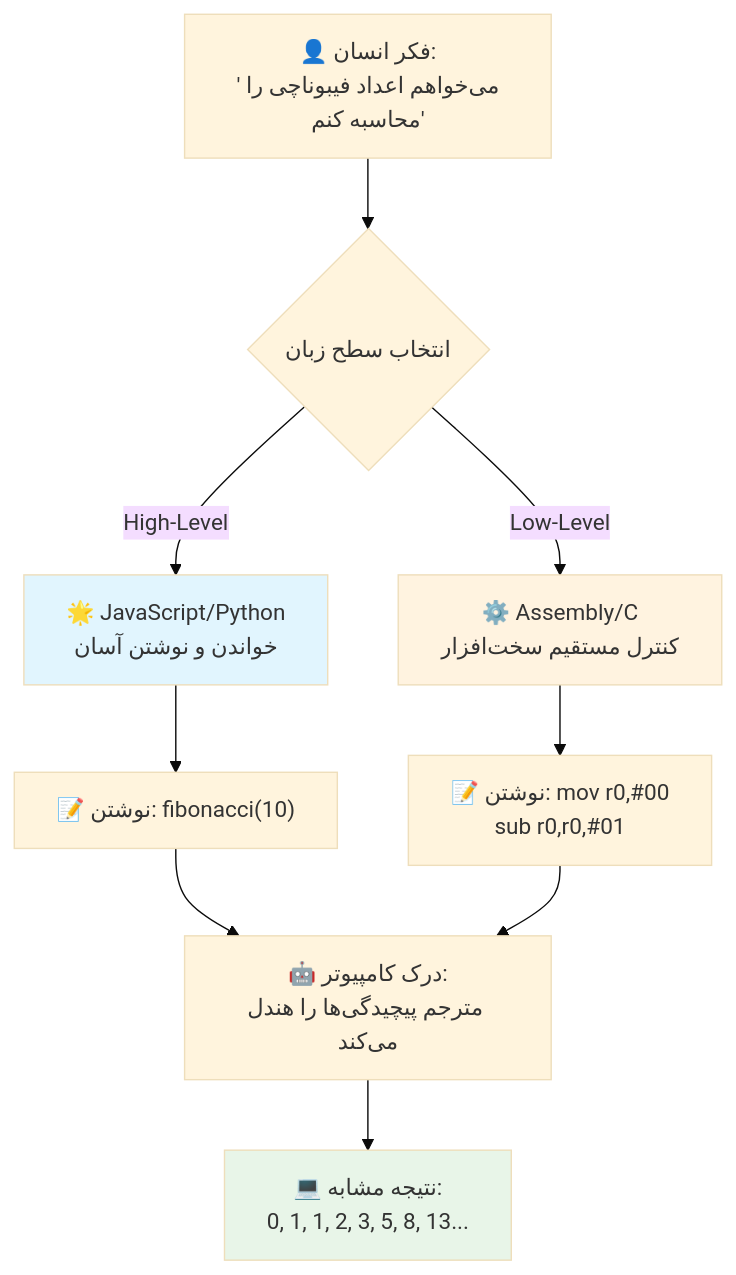
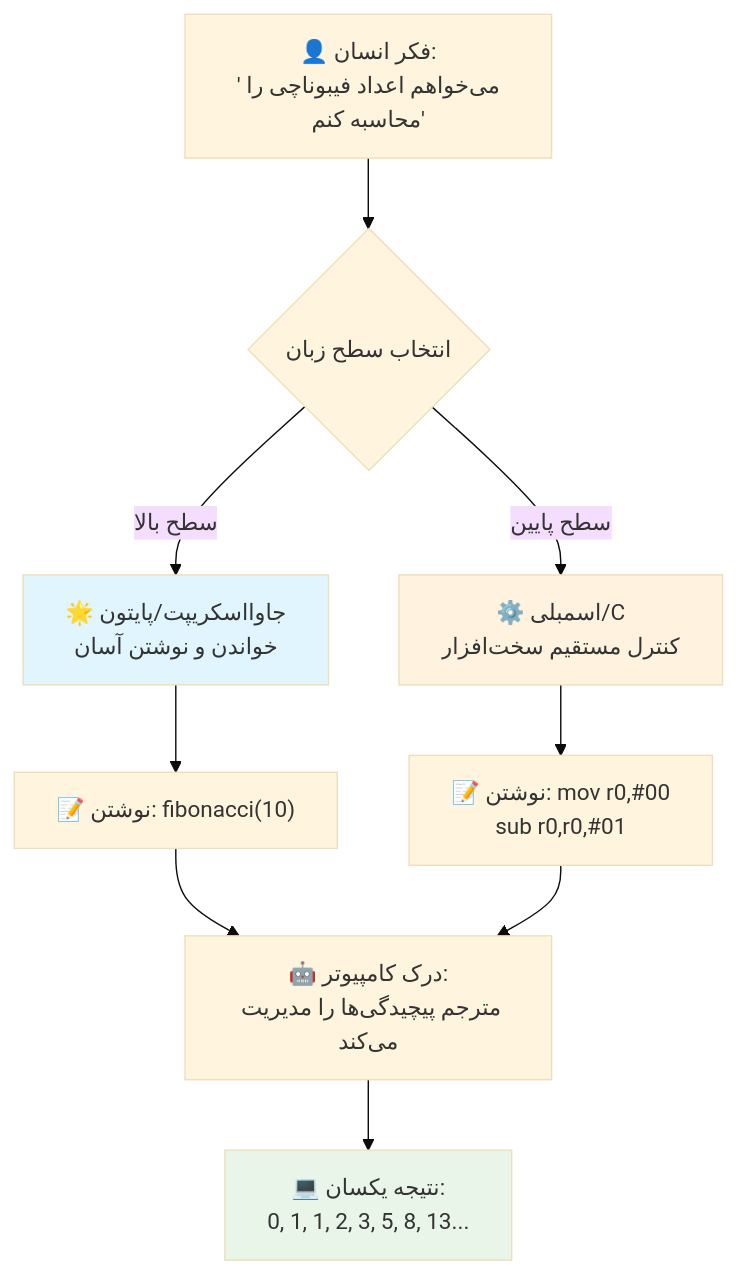
Before and after one commit to microsoft/Web-Dev-For-Beginners: the third of 7 diagrams in translations/fa/1-getting-started-lessons/1-intro-to-programming-languages/README.md, drawn with Mermaid (base theme). The commit also changed other lines of this file and 11 other files, not shown here.

````diff
--- a/translations/fa/1-getting-started-lessons/1-intro-to-programming-languages/README.md
+++ b/translations/fa/1-getting-started-lessons/1-intro-to-programming-languages/README.md
@@ -147,19 +147,19 @@
 ```mermaid
 flowchart TB
     A["👤 فکر انسان:<br/>'می‌خواهم اعداد فیبوناچی را محاسبه کنم'"] --> B{انتخاب سطح زبان}
     
-    B -->|High-Level| C["🌟 JavaScript/Python<br/>خواندن و نوشتن آسان"]
-    B -->|Low-Level| D["⚙️ Assembly/C<br/>کنترل مستقیم سخت‌افزار"]
+    B -->|سطح بالا| C["🌟 جاوااسکریپت/پایتون<br/>خواندن و نوشتن آسان"]
+    B -->|سطح پایین| D["⚙️ اسمبلی/C<br/>کنترل مستقیم سخت‌افزار"]
     
     C --> E["📝 نوشتن: fibonacci(10)"]
     D --> F["📝 نوشتن: mov r0,#00<br/>sub r0,r0,#01"]
     
-    E --> G["🤖 درک کامپیوتر:<br/>مترجم پیچیدگی‌ها را هندل می‌کند"]
+    E --> G["🤖 درک کامپیوتر:<br/>مترجم پیچیدگی‌ها را مدیریت می‌کند"]
     F --> G
     
-    G --> H["💻 نتیجه مشابه:<br/>0, 1, 1, 2, 3, 5, 8, 13..."]
+    G --> H["💻 نتیجه یکسان:<br/>0, 1, 1, 2, 3, 5, 8, 13..."]
     
     style C fill:#e1f5fe
     style D fill:#fff3e0
     style H fill:#e8f5e8
 ```
````
